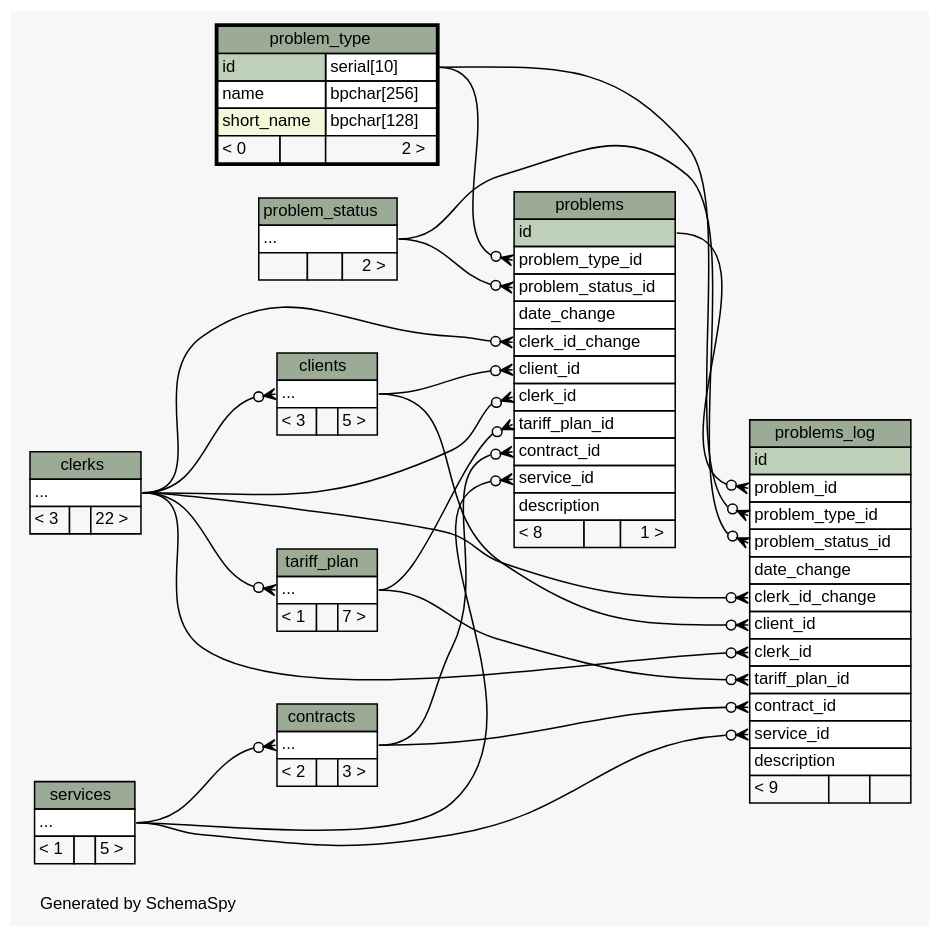
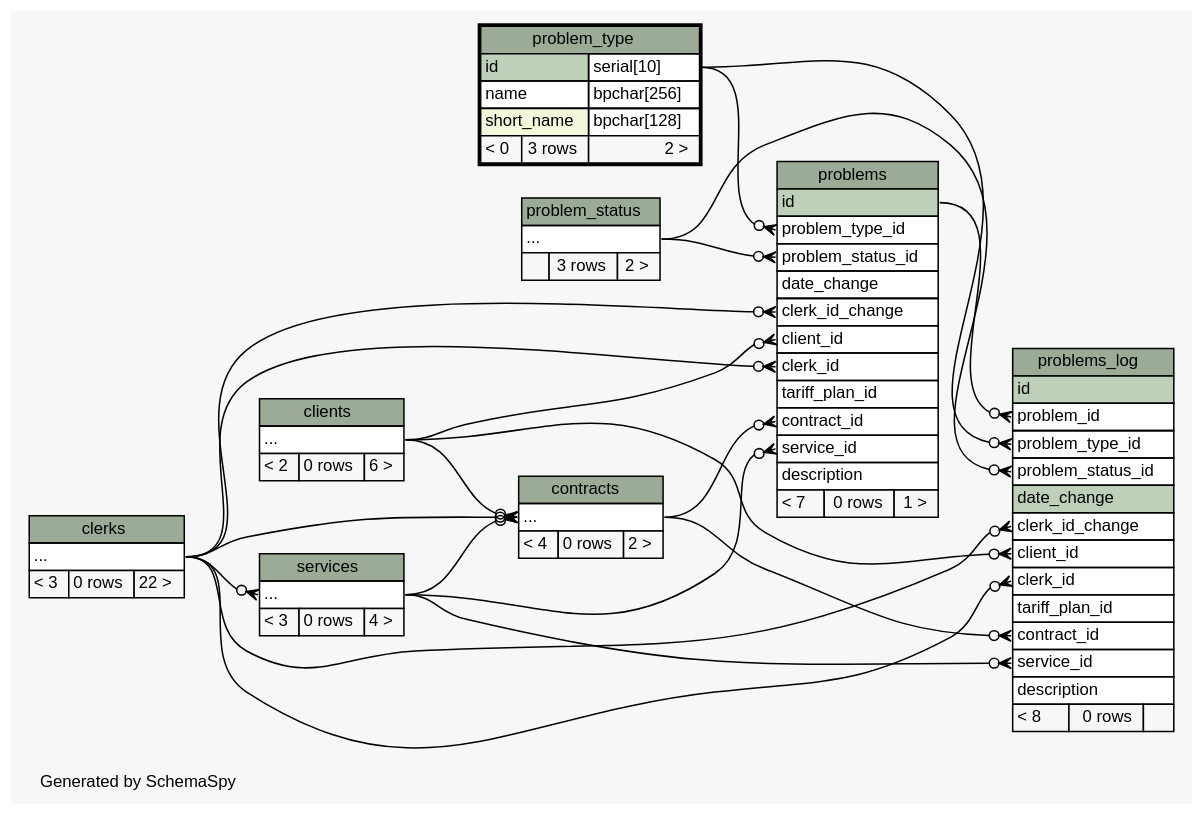
One commit to okharch/avox changed the diagram in db_schema/diagrams/problem_type.2degrees.dot. Above: the diagram before and after it, drawn with Graphviz. The commit also changed 391 other files, not shown here.

```diff
--- a/db_schema/diagrams/problem_type.2degrees.dot
+++ b/db_schema/diagrams/problem_type.2degrees.dot
@@ -1,155 +1,144 @@
 // dot 2.26.0 on Linux 2.6.32-358.2.1.el6.x86_64
 // SchemaSpy rev 590
 digraph "twoDegreesRelationshipsDiagram" {
   graph [
     rankdir="RL"
     bgcolor="#f7f7f7"
     label="\nGenerated by SchemaSpy"
     labeljust="l"
     nodesep="0.18"
     ranksep="0.46"
     fontname="Helvetica"
     fontsize="11"
   ];
   node [
     fontname="Helvetica"
     fontsize="11"
     shape="plaintext"
   ];
   edge [
     arrowsize="0.8"
   ];
-  "clients":"elipses":w -> "clerks":"elipses":e [arrowhead=none dir=back arrowtail=crowodot];
+  "contracts":"elipses":w -> "clerks":"elipses":e [arrowhead=none dir=back arrowtail=crowodot];
+  "contracts":"elipses":w -> "clients":"elipses":e [arrowhead=none dir=back arrowtail=crowodot];
   "contracts":"elipses":w -> "services":"elipses":e [arrowhead=none dir=back arrowtail=crowodot];
   "problems":"clerk_id":w -> "clerks":"elipses":e [arrowhead=none dir=back arrowtail=crowodot];
   "problems":"clerk_id_change":w -> "clerks":"elipses":e [arrowhead=none dir=back arrowtail=crowodot];
   "problems":"client_id":w -> "clients":"elipses":e [arrowhead=none dir=back arrowtail=crowodot];
   "problems":"contract_id":w -> "contracts":"elipses":e [arrowhead=none dir=back arrowtail=crowodot];
   "problems":"problem_status_id":w -> "problem_status":"elipses":e [arrowhead=none dir=back arrowtail=crowodot];
   "problems":"problem_type_id":w -> "problem_type":"id.type":e [arrowhead=none dir=back arrowtail=crowodot];
   "problems":"service_id":w -> "services":"elipses":e [arrowhead=none dir=back arrowtail=crowodot];
-  "problems":"tariff_plan_id":w -> "tariff_plan":"elipses":e [arrowhead=none dir=back arrowtail=crowodot];
   "problems_log":"clerk_id":w -> "clerks":"elipses":e [arrowhead=none dir=back arrowtail=crowodot];
   "problems_log":"clerk_id_change":w -> "clerks":"elipses":e [arrowhead=none dir=back arrowtail=crowodot];
   "problems_log":"client_id":w -> "clients":"elipses":e [arrowhead=none dir=back arrowtail=crowodot];
   "problems_log":"contract_id":w -> "contracts":"elipses":e [arrowhead=none dir=back arrowtail=crowodot];
   "problems_log":"problem_id":w -> "problems":"id":e [arrowhead=none dir=back arrowtail=crowodot];
   "problems_log":"problem_status_id":w -> "problem_status":"elipses":e [arrowhead=none dir=back arrowtail=crowodot];
   "problems_log":"problem_type_id":w -> "problem_type":"id.type":e [arrowhead=none dir=back arrowtail=crowodot];
   "problems_log":"service_id":w -> "services":"elipses":e [arrowhead=none dir=back arrowtail=crowodot];
-  "problems_log":"tariff_plan_id":w -> "tariff_plan":"elipses":e [arrowhead=none dir=back arrowtail=crowodot];
-  "tariff_plan":"elipses":w -> "clerks":"elipses":e [arrowhead=none dir=back arrowtail=crowodot];
+  "services":"elipses":w -> "clerks":"elipses":e [arrowhead=none dir=back arrowtail=crowodot];
   "clerks" [
     label=<
     <TABLE BORDER="0" CELLBORDER="1" CELLSPACING="0" BGCOLOR="#ffffff">
       <TR><TD COLSPAN="3" BGCOLOR="#9bab96" ALIGN="CENTER">clerks</TD></TR>
       <TR><TD PORT="elipses" COLSPAN="3" ALIGN="LEFT">...</TD></TR>
-      <TR><TD ALIGN="LEFT" BGCOLOR="#f7f7f7">&lt; 3</TD><TD ALIGN="RIGHT" BGCOLOR="#f7f7f7">  </TD><TD ALIGN="RIGHT" BGCOLOR="#f7f7f7">22 &gt;</TD></TR>
+      <TR><TD ALIGN="LEFT" BGCOLOR="#f7f7f7">&lt; 3</TD><TD ALIGN="RIGHT" BGCOLOR="#f7f7f7">0 rows</TD><TD ALIGN="RIGHT" BGCOLOR="#f7f7f7">22 &gt;</TD></TR>
     </TABLE>>
     URL="clerks.html"
     tooltip="clerks"
   ];
   "clients" [
     label=<
     <TABLE BORDER="0" CELLBORDER="1" CELLSPACING="0" BGCOLOR="#ffffff">
       <TR><TD COLSPAN="3" BGCOLOR="#9bab96" ALIGN="CENTER">clients</TD></TR>
       <TR><TD PORT="elipses" COLSPAN="3" ALIGN="LEFT">...</TD></TR>
-      <TR><TD ALIGN="LEFT" BGCOLOR="#f7f7f7">&lt; 3</TD><TD ALIGN="RIGHT" BGCOLOR="#f7f7f7">  </TD><TD ALIGN="RIGHT" BGCOLOR="#f7f7f7">5 &gt;</TD></TR>
+      <TR><TD ALIGN="LEFT" BGCOLOR="#f7f7f7">&lt; 2</TD><TD ALIGN="RIGHT" BGCOLOR="#f7f7f7">0 rows</TD><TD ALIGN="RIGHT" BGCOLOR="#f7f7f7">6 &gt;</TD></TR>
     </TABLE>>
     URL="clients.html"
     tooltip="clients"
   ];
   "contracts" [
     label=<
     <TABLE BORDER="0" CELLBORDER="1" CELLSPACING="0" BGCOLOR="#ffffff">
       <TR><TD COLSPAN="3" BGCOLOR="#9bab96" ALIGN="CENTER">contracts</TD></TR>
       <TR><TD PORT="elipses" COLSPAN="3" ALIGN="LEFT">...</TD></TR>
-      <TR><TD ALIGN="LEFT" BGCOLOR="#f7f7f7">&lt; 2</TD><TD ALIGN="RIGHT" BGCOLOR="#f7f7f7">  </TD><TD ALIGN="RIGHT" BGCOLOR="#f7f7f7">3 &gt;</TD></TR>
+      <TR><TD ALIGN="LEFT" BGCOLOR="#f7f7f7">&lt; 4</TD><TD ALIGN="RIGHT" BGCOLOR="#f7f7f7">0 rows</TD><TD ALIGN="RIGHT" BGCOLOR="#f7f7f7">2 &gt;</TD></TR>
     </TABLE>>
     URL="contracts.html"
     tooltip="contracts"
   ];
   "problem_status" [
     label=<
     <TABLE BORDER="0" CELLBORDER="1" CELLSPACING="0" BGCOLOR="#ffffff">
       <TR><TD COLSPAN="3" BGCOLOR="#9bab96" ALIGN="CENTER">problem_status</TD></TR>
       <TR><TD PORT="elipses" COLSPAN="3" ALIGN="LEFT">...</TD></TR>
-      <TR><TD ALIGN="LEFT" BGCOLOR="#f7f7f7">  </TD><TD ALIGN="RIGHT" BGCOLOR="#f7f7f7">  </TD><TD ALIGN="RIGHT" BGCOLOR="#f7f7f7">2 &gt;</TD></TR>
+      <TR><TD ALIGN="LEFT" BGCOLOR="#f7f7f7">  </TD><TD ALIGN="RIGHT" BGCOLOR="#f7f7f7">3 rows</TD><TD ALIGN="RIGHT" BGCOLOR="#f7f7f7">2 &gt;</TD></TR>
     </TABLE>>
     URL="problem_status.html"
     tooltip="problem_status"
   ];
   "problem_type" [
     label=<
     <TABLE BORDER="2" CELLBORDER="1" CELLSPACING="0" BGCOLOR="#ffffff">
       <TR><TD COLSPAN="3" BGCOLOR="#9bab96" ALIGN="CENTER">problem_type</TD></TR>
       <TR><TD PORT="id" COLSPAN="2" BGCOLOR="#bed1b8" ALIGN="LEFT">id</TD><TD PORT="id.type" ALIGN="LEFT">serial[10]</TD></TR>
       <TR><TD PORT="name" COLSPAN="2" ALIGN="LEFT">name</TD><TD PORT="name.type" ALIGN="LEFT">bpchar[256]</TD></TR>
       <TR><TD PORT="short_name" COLSPAN="2" BGCOLOR="#f4f7da" ALIGN="LEFT">short_name</TD><TD PORT="short_name.type" ALIGN="LEFT">bpchar[128]</TD></TR>
-      <TR><TD ALIGN="LEFT" BGCOLOR="#f7f7f7">&lt; 0</TD><TD ALIGN="RIGHT" BGCOLOR="#f7f7f7">  </TD><TD ALIGN="RIGHT" BGCOLOR="#f7f7f7">2 &gt;</TD></TR>
+      <TR><TD ALIGN="LEFT" BGCOLOR="#f7f7f7">&lt; 0</TD><TD ALIGN="RIGHT" BGCOLOR="#f7f7f7">3 rows</TD><TD ALIGN="RIGHT" BGCOLOR="#f7f7f7">2 &gt;</TD></TR>
     </TABLE>>
     URL="problem_type.html"
     tooltip="problem_type"
   ];
   "problems" [
     label=<
     <TABLE BORDER="0" CELLBORDER="1" CELLSPACING="0" BGCOLOR="#ffffff">
       <TR><TD COLSPAN="3" BGCOLOR="#9bab96" ALIGN="CENTER">problems</TD></TR>
       <TR><TD PORT="id" COLSPAN="3" BGCOLOR="#bed1b8" ALIGN="LEFT">id</TD></TR>
       <TR><TD PORT="problem_type_id" COLSPAN="3" ALIGN="LEFT">problem_type_id</TD></TR>
       <TR><TD PORT="problem_status_id" COLSPAN="3" ALIGN="LEFT">problem_status_id</TD></TR>
       <TR><TD PORT="date_change" COLSPAN="3" ALIGN="LEFT">date_change</TD></TR>
       <TR><TD PORT="clerk_id_change" COLSPAN="3" ALIGN="LEFT">clerk_id_change</TD></TR>
       <TR><TD PORT="client_id" COLSPAN="3" ALIGN="LEFT">client_id</TD></TR>
       <TR><TD PORT="clerk_id" COLSPAN="3" ALIGN="LEFT">clerk_id</TD></TR>
       <TR><TD PORT="tariff_plan_id" COLSPAN="3" ALIGN="LEFT">tariff_plan_id</TD></TR>
       <TR><TD PORT="contract_id" COLSPAN="3" ALIGN="LEFT">contract_id</TD></TR>
       <TR><TD PORT="service_id" COLSPAN="3" ALIGN="LEFT">service_id</TD></TR>
       <TR><TD PORT="description" COLSPAN="3" ALIGN="LEFT">description</TD></TR>
-      <TR><TD ALIGN="LEFT" BGCOLOR="#f7f7f7">&lt; 8</TD><TD ALIGN="RIGHT" BGCOLOR="#f7f7f7">  </TD><TD ALIGN="RIGHT" BGCOLOR="#f7f7f7">1 &gt;</TD></TR>
+      <TR><TD ALIGN="LEFT" BGCOLOR="#f7f7f7">&lt; 7</TD><TD ALIGN="RIGHT" BGCOLOR="#f7f7f7">0 rows</TD><TD ALIGN="RIGHT" BGCOLOR="#f7f7f7">1 &gt;</TD></TR>
     </TABLE>>
     URL="problems.html"
     tooltip="problems"
   ];
   "problems_log" [
     label=<
     <TABLE BORDER="0" CELLBORDER="1" CELLSPACING="0" BGCOLOR="#ffffff">
       <TR><TD COLSPAN="3" BGCOLOR="#9bab96" ALIGN="CENTER">problems_log</TD></TR>
       <TR><TD PORT="id" COLSPAN="3" BGCOLOR="#bed1b8" ALIGN="LEFT">id</TD></TR>
       <TR><TD PORT="problem_id" COLSPAN="3" ALIGN="LEFT">problem_id</TD></TR>
       <TR><TD PORT="problem_type_id" COLSPAN="3" ALIGN="LEFT">problem_type_id</TD></TR>
       <TR><TD PORT="problem_status_id" COLSPAN="3" ALIGN="LEFT">problem_status_id</TD></TR>
-      <TR><TD PORT="date_change" COLSPAN="3" ALIGN="LEFT">date_change</TD></TR>
+      <TR><TD PORT="date_change" COLSPAN="3" BGCOLOR="#bed1b8" ALIGN="LEFT">date_change</TD></TR>
       <TR><TD PORT="clerk_id_change" COLSPAN="3" ALIGN="LEFT">clerk_id_change</TD></TR>
       <TR><TD PORT="client_id" COLSPAN="3" ALIGN="LEFT">client_id</TD></TR>
       <TR><TD PORT="clerk_id" COLSPAN="3" ALIGN="LEFT">clerk_id</TD></TR>
       <TR><TD PORT="tariff_plan_id" COLSPAN="3" ALIGN="LEFT">tariff_plan_id</TD></TR>
       <TR><TD PORT="contract_id" COLSPAN="3" ALIGN="LEFT">contract_id</TD></TR>
       <TR><TD PORT="service_id" COLSPAN="3" ALIGN="LEFT">service_id</TD></TR>
       <TR><TD PORT="description" COLSPAN="3" ALIGN="LEFT">description</TD></TR>
-      <TR><TD ALIGN="LEFT" BGCOLOR="#f7f7f7">&lt; 9</TD><TD ALIGN="RIGHT" BGCOLOR="#f7f7f7">  </TD><TD ALIGN="RIGHT" BGCOLOR="#f7f7f7">  </TD></TR>
+      <TR><TD ALIGN="LEFT" BGCOLOR="#f7f7f7">&lt; 8</TD><TD ALIGN="RIGHT" BGCOLOR="#f7f7f7">0 rows</TD><TD ALIGN="RIGHT" BGCOLOR="#f7f7f7">  </TD></TR>
     </TABLE>>
     URL="problems_log.html"
     tooltip="problems_log"
   ];
   "services" [
     label=<
     <TABLE BORDER="0" CELLBORDER="1" CELLSPACING="0" BGCOLOR="#ffffff">
       <TR><TD COLSPAN="3" BGCOLOR="#9bab96" ALIGN="CENTER">services</TD></TR>
       <TR><TD PORT="elipses" COLSPAN="3" ALIGN="LEFT">...</TD></TR>
-      <TR><TD ALIGN="LEFT" BGCOLOR="#f7f7f7">&lt; 1</TD><TD ALIGN="RIGHT" BGCOLOR="#f7f7f7">  </TD><TD ALIGN="RIGHT" BGCOLOR="#f7f7f7">5 &gt;</TD></TR>
+      <TR><TD ALIGN="LEFT" BGCOLOR="#f7f7f7">&lt; 3</TD><TD ALIGN="RIGHT" BGCOLOR="#f7f7f7">0 rows</TD><TD ALIGN="RIGHT" BGCOLOR="#f7f7f7">4 &gt;</TD></TR>
     </TABLE>>
     URL="services.html"
     tooltip="services"
   ];
-  "tariff_plan" [
-    label=<
-    <TABLE BORDER="0" CELLBORDER="1" CELLSPACING="0" BGCOLOR="#ffffff">
-      <TR><TD COLSPAN="3" BGCOLOR="#9bab96" ALIGN="CENTER">tariff_plan</TD></TR>
-      <TR><TD PORT="elipses" COLSPAN="3" ALIGN="LEFT">...</TD></TR>
-      <TR><TD ALIGN="LEFT" BGCOLOR="#f7f7f7">&lt; 1</TD><TD ALIGN="RIGHT" BGCOLOR="#f7f7f7">  </TD><TD ALIGN="RIGHT" BGCOLOR="#f7f7f7">7 &gt;</TD></TR>
-    </TABLE>>
-    URL="tariff_plan.html"
-    tooltip="tariff_plan"
-  ];
 }
```
